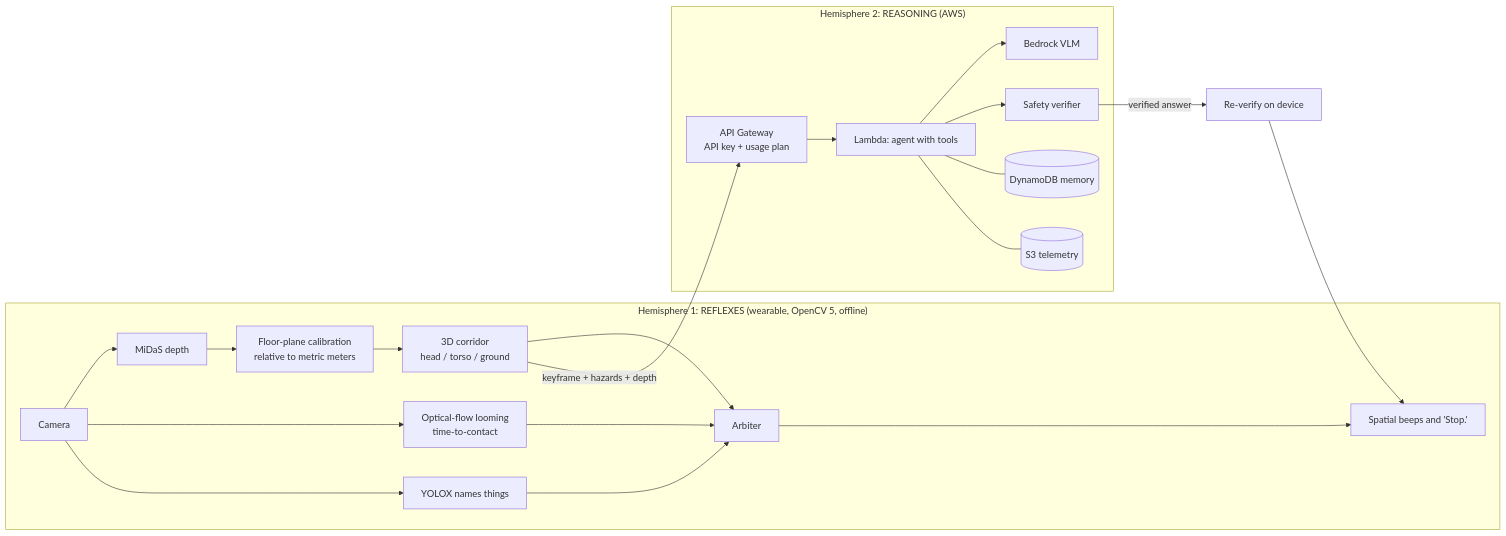
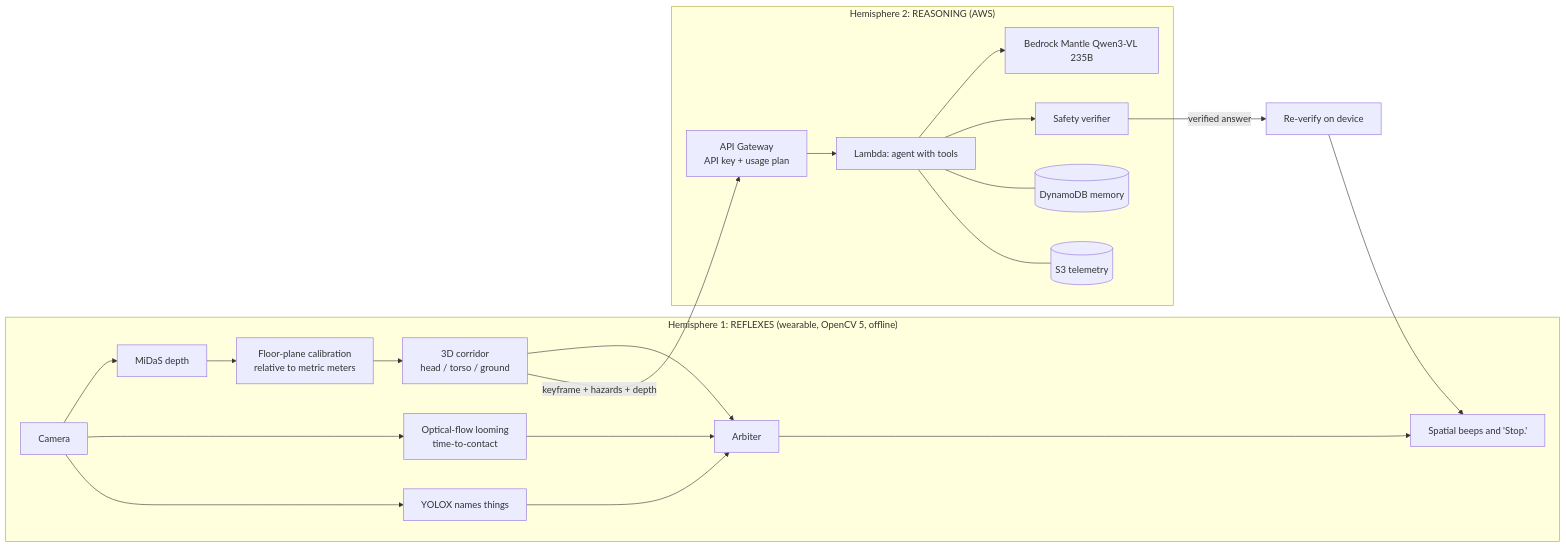
The diagram in README.md (yadavmanan/opencv-uncane), drawn with Mermaid before and after one commit. The commit also changed other lines of this file and 20 other files, not shown here.

Commit message:
Add agentic OpenCV vision tools, Mantle/Qwen3-VL backend, pinned deps; refresh README and docs

````diff
--- a/README.md
+++ b/README.md
@@ -60,24 +68,24 @@
 ```mermaid
 flowchart LR
     subgraph EDGE["Hemisphere 1: REFLEXES (wearable, OpenCV 5, offline)"]
         CAM[Camera] --> DEPTH[MiDaS depth]
         DEPTH --> CAL["Floor-plane calibration<br/>relative to metric meters"]
         CAL --> COR["3D corridor<br/>head / torso / ground"]
         CAM --> FLOW["Optical-flow looming<br/>time-to-contact"]
         CAM --> DET[YOLOX names things]
         COR --> ARB[Arbiter]
         FLOW --> ARB
         DET --> ARB
         ARB --> AUDIO["Spatial beeps and 'Stop.'"]
     end
     subgraph CLOUD["Hemisphere 2: REASONING (AWS)"]
         APIGW["API Gateway<br/>API key + usage plan"] --> LAMBDA["Lambda: agent with tools"]
-        LAMBDA --> VLM[Bedrock VLM]
+        LAMBDA --> VLM[Bedrock Mantle Qwen3-VL 235B]
         LAMBDA --> VER[Safety verifier]
         LAMBDA --- DDB[(DynamoDB memory)]
         LAMBDA --- S3[(S3 telemetry)]
     end
     COR -- "keyframe + hazards + depth" --> APIGW
     VER -- "verified answer" --> RECHECK[Re-verify on device]
     RECHECK --> AUDIO
 ```
````
